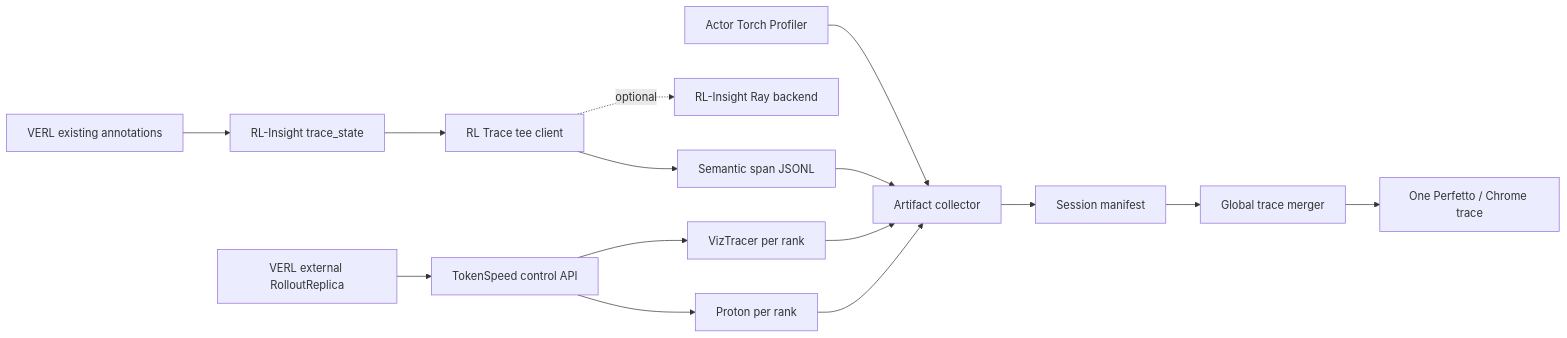
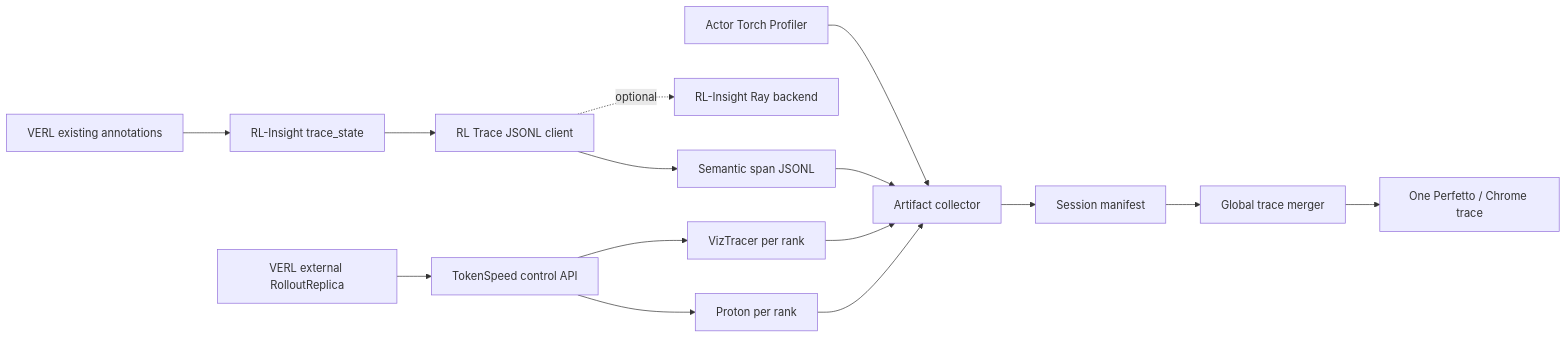
One commit to Luosuu/rl-trace-observer changed the diagram in docs/design.md. Above: the diagram before and after it, drawn with Mermaid. The commit also changed other lines of this file and 9 other files, not shown here.

````diff
--- a/docs/design.md
+++ b/docs/design.md
@@ -80,20 +80,20 @@
 ```mermaid
 flowchart LR
     V["VERL existing annotations"] --> RI["RL-Insight trace_state"]
-    RI --> TC["RL Trace tee client"]
+    RI --> TC["RL Trace JSONL client"]
     TC --> RJ["Semantic span JSONL"]
     TC -. optional .-> RH["RL-Insight Ray backend"]
 
     AT["Actor Torch Profiler"] --> AC["Artifact collector"]
     RJ --> AC
 
     VR["VERL external RolloutReplica"] --> TS["TokenSpeed control API"]
     TS --> VZ["VizTracer per rank"]
     TS --> PR["Proton per rank"]
     VZ --> AC
     PR --> AC
 
     AC --> MF["Session manifest"]
     MF --> GM["Global trace merger"]
     GM --> PF["One Perfetto / Chrome trace"]
 ```
````
